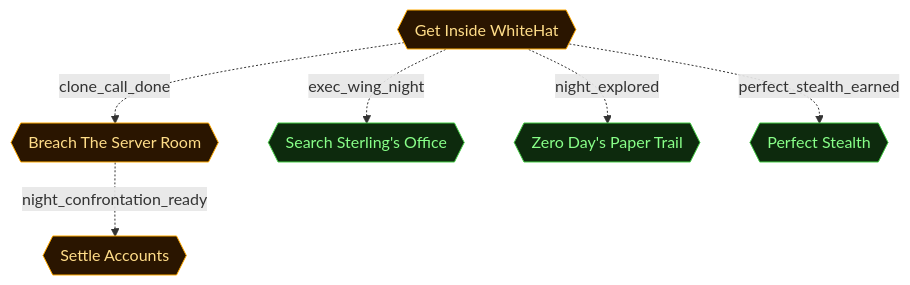
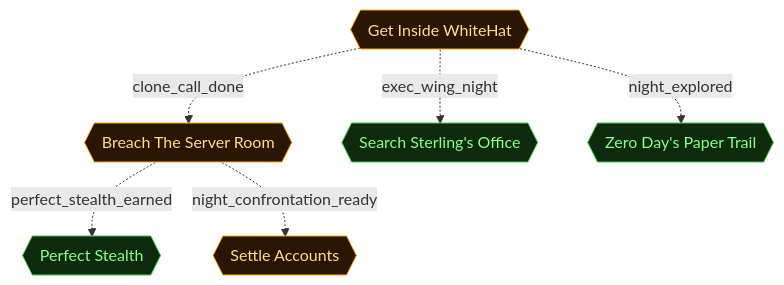
One commit to cliffe/BreakEscape changed the second of 5 diagrams in scenarios/m03_ghost_in_the_machine/dungeon_graph.md. Above: the diagram before and after it, drawn with Mermaid. The commit also changed other lines of this file and 2 other files, not shown here.

````diff
--- a/scenarios/m03_ghost_in_the_machine/dungeon_graph.md
+++ b/scenarios/m03_ghost_in_the_machine/dungeon_graph.md
@@ -177,34 +177,34 @@
 ```mermaid
 flowchart TD
 
   classDef room      fill:#0f2d2d,stroke:#22ddcc,color:#a0ffee
   classDef lock      fill:#2d0f0f,stroke:#e66060,color:#ffa0a0
   classDef key       fill:#2d0812,stroke:#e66060,color:#ffa0a0
   classDef item      fill:#2d1200,stroke:#e89030,color:#ffcc80
   classDef gate      fill:#111,stroke:#666,color:#eee
   classDef vm        fill:#0c1f40,stroke:#4a90d9,color:#a0c8ff
   classDef flag      fill:#1a0c2d,stroke:#9060d0,color:#cc99ff
   classDef action    fill:#1a1200,stroke:#cc9922,color:#ffee88
   classDef aim       fill:#0d2a0d,stroke:#44cc44,color:#88ff88
   classDef aim_gate  fill:#111111,stroke:#44cc44,color:#44cc44
   classDef container fill:#1a2d1a,stroke:#60b060,color:#a0e0a0
   classDef npc       fill:#2d1f0d,stroke:#d0a050,color:#ffe0a0
   classDef critical  fill:#2a1500,stroke:#ffaa00,color:#ffdd88
   classDef start     fill:#003322,stroke:#00ffaa,color:#00ffaa
 
   aim_act1_gain_access{{"Get Inside WhiteHat"}}
   aim_act2_breach_server_room{{"Breach The Server Room"}}
   aim_search_executive_office{{"Search Sterling's Office"}}
   aim_collect_lore{{"Zero Day's Paper Trail"}}
   aim_perfect_stealth{{"Perfect Stealth"}}
   aim_moral_choices{{"Settle Accounts"}}
 
   aim_act1_gain_access -.->|clone_call_done| aim_act2_breach_server_room
   aim_act1_gain_access -.->|exec_wing_night| aim_search_executive_office
   aim_act1_gain_access -.->|night_explored| aim_collect_lore
-  aim_act1_gain_access -.->|perfect_stealth_earned| aim_perfect_stealth
+  aim_act2_breach_server_room -.->|perfect_stealth_earned| aim_perfect_stealth
   aim_act2_breach_server_room -.->|night_confrontation_ready| aim_moral_choices
 
   class aim_act1_gain_access,aim_act2_breach_server_room,aim_moral_choices critical
   class aim_search_executive_office,aim_collect_lore,aim_perfect_stealth aim
 ```
````
